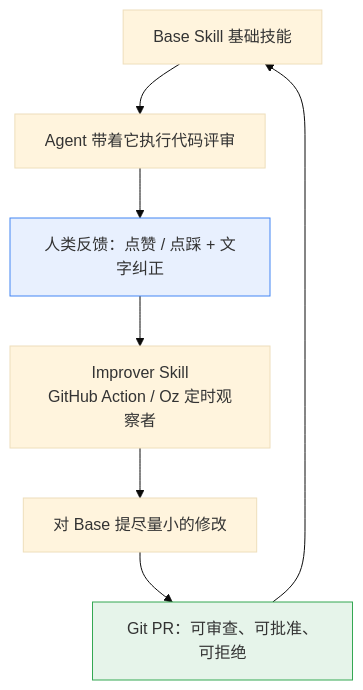
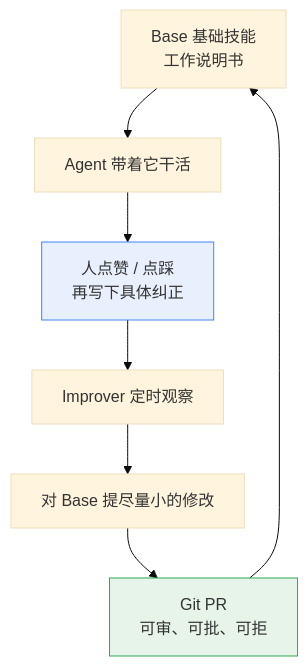
Before and after one commit to nehcuh/vibesop-py: the second of 8 diagrams in docs/skill-routing-explained.md, drawn with Mermaid (base theme). The commit also changed other lines of this file and 1 other file, not shown here.

````diff
--- a/docs/skill-routing-explained.md
+++ b/docs/skill-routing-explained.md
@@ -52,11 +52,11 @@
 ```mermaid
 flowchart TD
-    A["Base Skill 基础技能"] --> B["Agent 带着它执行代码评审"]
-    B --> C["人类反馈：点赞 / 点踩 + 文字纠正"]
-    C --> D["Improver Skill<br/>GitHub Action / Oz 定时观察者"]
+    A["Base 基础技能<br/>工作说明书"] --> B["Agent 带着它干活"]
+    B --> C["人点赞 / 点踩<br/>再写下具体纠正"]
+    C --> D["Improver 定时观察"]
     D --> E["对 Base 提尽量小的修改"]
-    E --> F["Git PR：可审查、可批准、可拒绝"]
+    E --> F["Git PR<br/>可审、可批、可拒"]
     F --> A
     style C fill:#e8f0fe,stroke:#4285f4
     style F fill:#e6f4ea,stroke:#34a853
 ```
````
